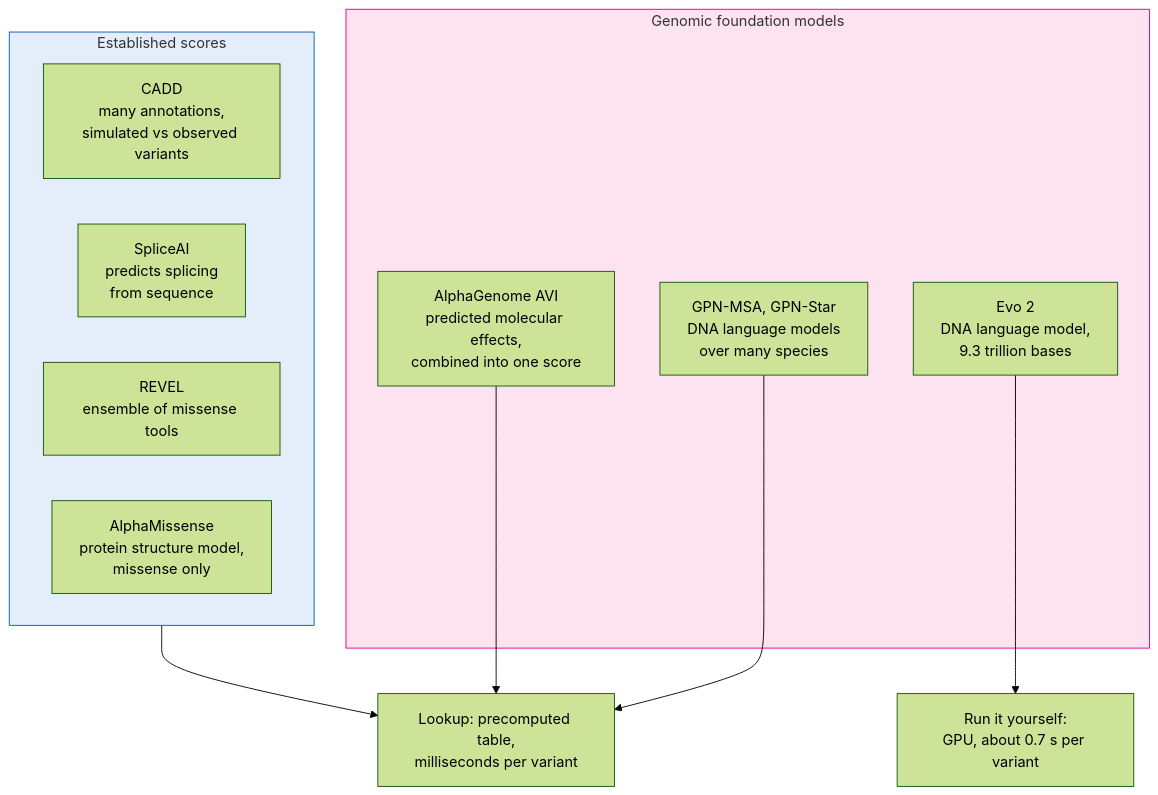
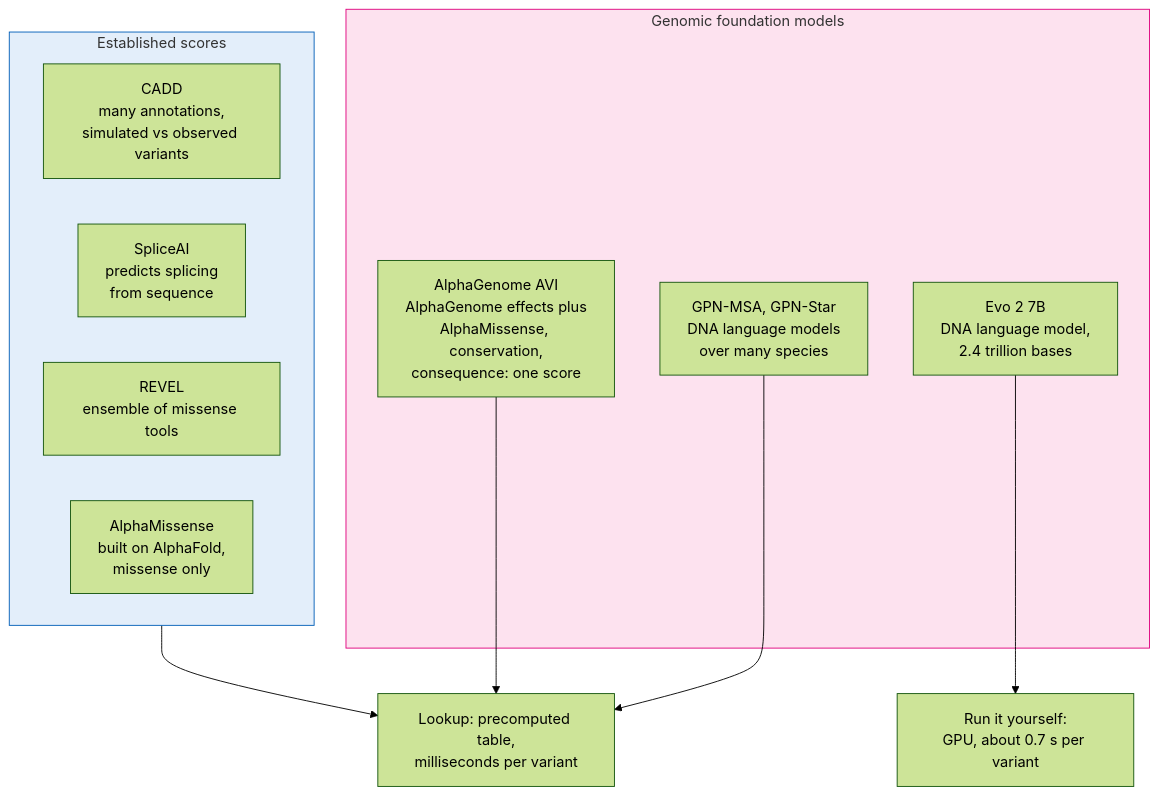
Before and after one commit to rewire-bio/amp-2026-studies: the third of 16 diagrams in GUIDE.md, drawn with Mermaid (forest theme). The commit also changed other lines of this file and 1 other file, not shown here.

````diff
--- a/GUIDE.md
+++ b/GUIDE.md
@@ -56,20 +62,20 @@
 ```mermaid
 flowchart TB
     subgraph est["Established scores"]
         cadd["CADD<br/>many annotations,<br/>simulated vs observed variants"]
         splice["SpliceAI<br/>predicts splicing<br/>from sequence"]
         revel["REVEL<br/>ensemble of missense tools"]
-        am["AlphaMissense<br/>protein structure model,<br/>missense only"]
+        am["AlphaMissense<br/>built on AlphaFold,<br/>missense only"]
     end
     subgraph fm["Genomic foundation models"]
         gpn["GPN-MSA, GPN-Star<br/>DNA language models<br/>over many species"]
-        avi["AlphaGenome AVI<br/>predicted molecular effects,<br/>combined into one score"]
-        evo["Evo 2<br/>DNA language model,<br/>9.3 trillion bases"]
+        avi["AlphaGenome AVI<br/>AlphaGenome effects plus<br/>AlphaMissense, conservation,<br/>consequence: one score"]
+        evo["Evo 2 7B<br/>DNA language model,<br/>2.4 trillion bases"]
     end
     est --> look["Lookup: precomputed table,<br/>milliseconds per variant"]
     gpn --> look
     avi --> look
     evo --> run["Run it yourself:<br/>GPU, about 0.7 s per variant"]
     style fm fill:#fde2ef,stroke:#df007d
     style est fill:#e3eefa,stroke:#005eb8
 ```
````
